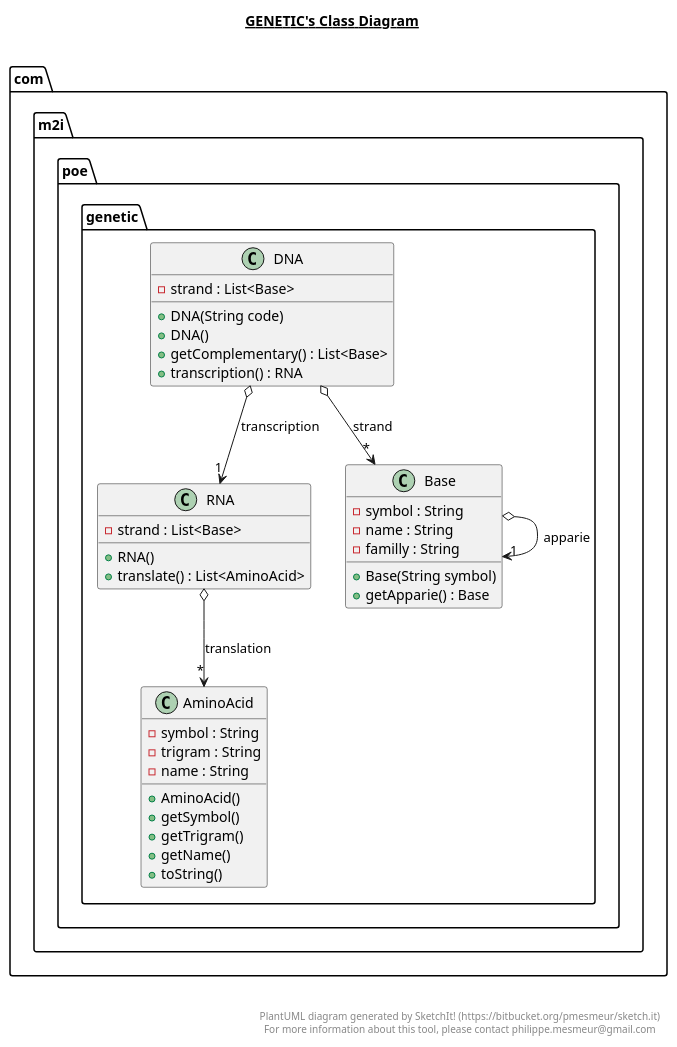
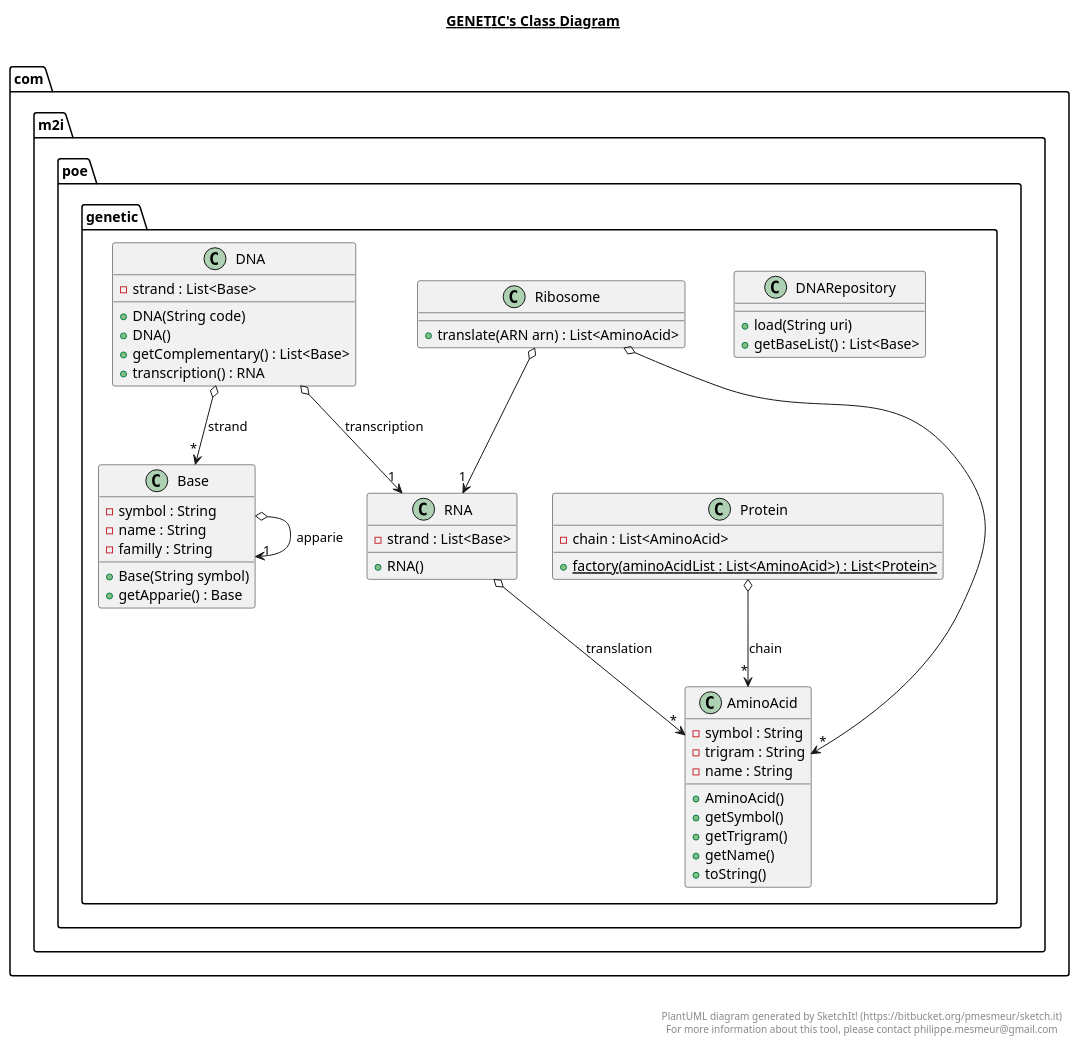
One commit to cyrilvincent/POE changed the diagram in src/com/m2i/poe/genetic/genetic.plantuml. Above: the diagram before and after it, drawn with PlantUML.

Commit message:
Genetic UML

```diff
--- a/src/com/m2i/poe/genetic/genetic.plantuml
+++ b/src/com/m2i/poe/genetic/genetic.plantuml
@@ -1,72 +1,100 @@
 @startuml
 
 title __GENETIC's Class Diagram__\n
+
+  package com.m2i.poe {
+      package com.m2i.poe.genetic {
+        class DNARepository {
+            + load(String uri)
+            + getBaseList() : List<Base>
+        }
+      }
+    }
 
   package com.m2i.poe {
     package com.m2i.poe.genetic {
       class RNA {
           - strand : List<Base>
           + RNA()
-          + translate() : List<AminoAcid>
       }
     }
   }
+
+  package com.m2i.poe {
+      package com.m2i.poe.genetic {
+        class Ribosome {
+            + translate(ARN arn) : List<AminoAcid>
+        }
+      }
+    }
   
 
   package com.m2i.poe {
     package com.m2i.poe.genetic {
       class AminoAcid {
           - symbol : String
           - trigram : String
           - name : String
           + AminoAcid()
           + getSymbol()
           + getTrigram()
           + getName()
           + toString()
       }
     }
   }
+
+  package com.m2i.poe {
+      package com.m2i.poe.genetic {
+        class Protein {
+            - chain : List<AminoAcid>
+            + {static} factory(aminoAcidList : List<AminoAcid>) : List<Protein>
+        }
+      }
+    }
   
 
   package com.m2i.poe {
     package com.m2i.poe.genetic {
       class Base {
           - symbol : String
           - name : String
           - familly : String
           + Base(String symbol)
           + getApparie() : Base
       }
     }
   }
   
 
   package com.m2i.poe {
     package com.m2i.poe.genetic {
       class DNA {
           - strand : List<Base>
           + DNA(String code)
           + DNA()
           + getComplementary() : List<Base>
           + transcription() : RNA
       }
     }
   }
 
   Base o--> "1" Base : apparie
   DNA o--> "*" Base : strand
   DNA o--> "1" RNA : transcription
   RNA o--> "*" AminoAcid : translation
+  Protein o--> "*" AminoAcid : chain
+  Ribosome o--> "1" RNA
+  Ribosome o--> "*" AminoAcid
 
 
 
 
 right footer
 
 
 PlantUML diagram generated by SketchIt! (https://bitbucket.org/pmesmeur/sketch.it)
 For more information about this tool, please contact philippe.mesmeur@gmail.com
 endfooter
 
 @enduml
```
